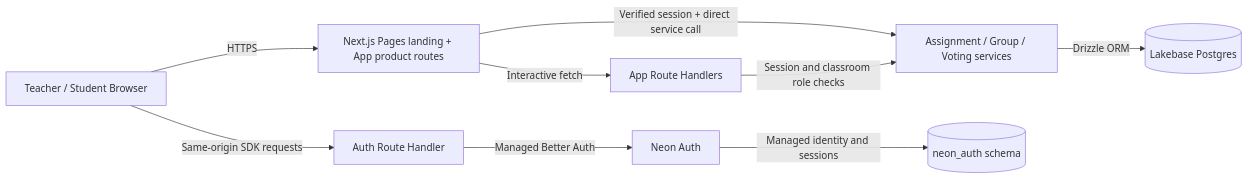
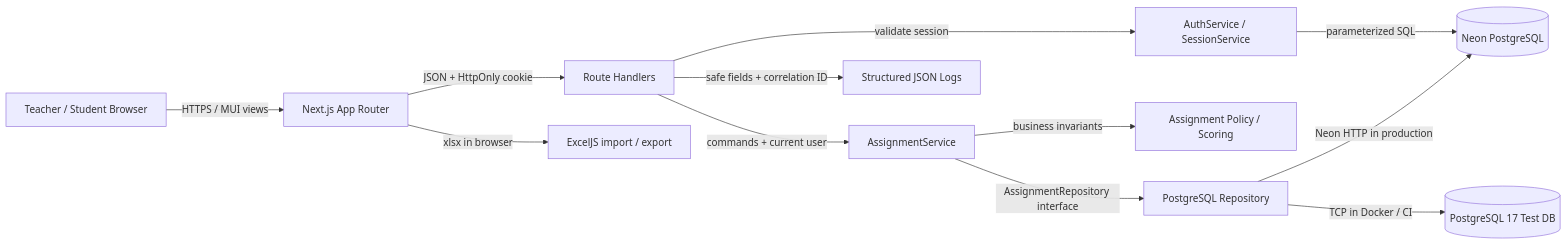
One commit to Bunyakorn-K/sdpx-ultrasmooth changed the diagram in docs/architecture.md. Above: the diagram before and after it, drawn with Mermaid. The commit also changed other lines of this file and 393 other files, not shown here.

````diff
--- a/docs/architecture.md
+++ b/docs/architecture.md
@@ -7,11 +20,14 @@
 ```mermaid
 flowchart LR
-    B[Teacher / Student Browser] -->|HTTPS| WEB[Next.js Pages landing + App product routes]
-    B -->|Same-origin SDK requests| AUTHAPI[Auth Route Handler]
-    AUTHAPI -->|Managed Better Auth| NEON[Neon Auth]
-    WEB -->|Verified session + direct service call| DOMAIN[Assignment / Group / Voting services]
-    WEB -->|Interactive fetch| API[App Route Handlers]
-    API -->|Session and classroom role checks| DOMAIN
-    DOMAIN -->|Drizzle ORM| PG[(Lakebase Postgres)]
-    NEON -->|Managed identity and sessions| NAS[(neon_auth schema)]
+    B[Teacher / Student Browser] -->|HTTPS / MUI views| FE[Next.js App Router]
+    FE -->|JSON + HttpOnly cookie| API[Route Handlers]
+    API -->|validate session| AUTH[AuthService / SessionService]
+    AUTH -->|parameterized SQL| DB[(Neon PostgreSQL)]
+    API -->|commands + current user| SVC[AssignmentService]
+    SVC -->|business invariants| DOMAIN[Assignment Policy / Scoring]
+    SVC -->|AssignmentRepository interface| REPO[PostgreSQL Repository]
+    REPO -->|Neon HTTP in production| DB
+    REPO -->|TCP in Docker / CI| LOCAL[(PostgreSQL 17 Test DB)]
+    API -->|safe fields + correlation ID| LOG[Structured JSON Logs]
+    FE -->|xlsx in browser| EXCEL[ExcelJS import / export]
 ```
````
